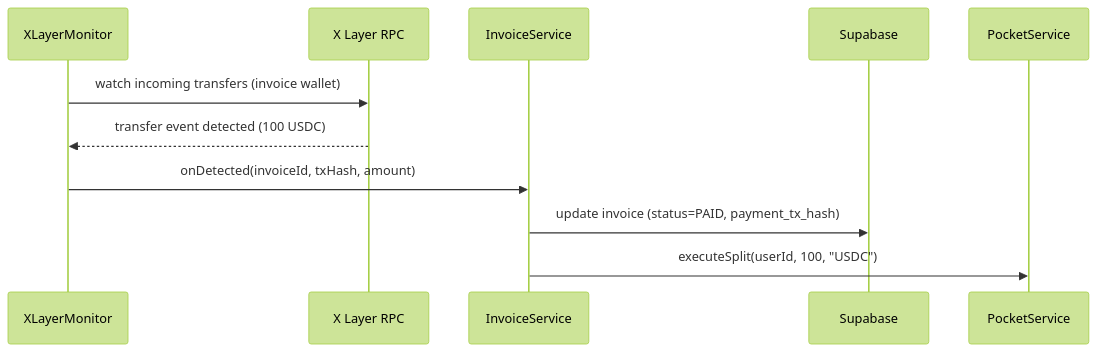
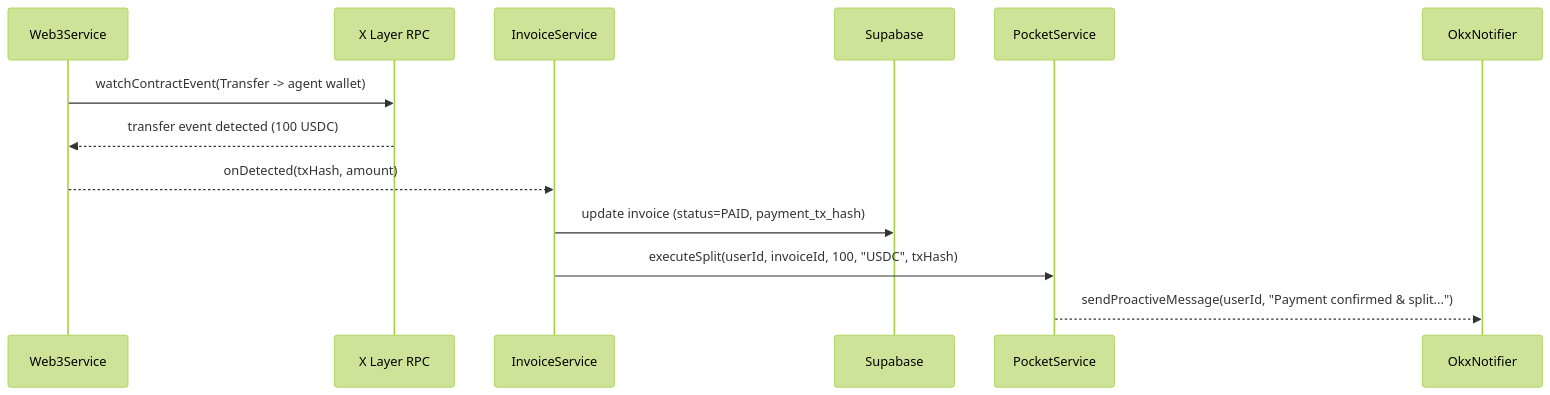
The third of 5 diagrams in solofi-apps/ARCHITECTURE.md (secondioprawiro/SoloFi-CFO), drawn with Mermaid (forest theme) before and after one commit. The commit also changed other lines of this file and 50 other files, not shown here.

````diff
--- a/solofi-apps/ARCHITECTURE.md
+++ b/solofi-apps/ARCHITECTURE.md
@@ -59,14 +61,16 @@
 ```mermaid
 sequenceDiagram
-    participant M as XLayerMonitor
+    participant W as Web3Service
     participant X as X Layer RPC
     participant I as InvoiceService
     participant D as Supabase
     participant P as PocketService
+    participant N as OkxNotifier
 
-    M->>X: watch incoming transfers (invoice wallet)
-    X-->>M: transfer event detected (100 USDC)
-    M->>I: onDetected(invoiceId, txHash, amount)
+    W->>X: watchContractEvent(Transfer -> agent wallet)
+    X-->>W: transfer event detected (100 USDC)
+    W-->>I: onDetected(txHash, amount)
     I->>D: update invoice (status=PAID, payment_tx_hash)
-    I->>P: executeSplit(userId, 100, "USDC")
+    I->>P: executeSplit(userId, invoiceId, 100, "USDC", txHash)
+    P-->>N: sendProactiveMessage(userId, "Payment confirmed & split...")
 ```
````
